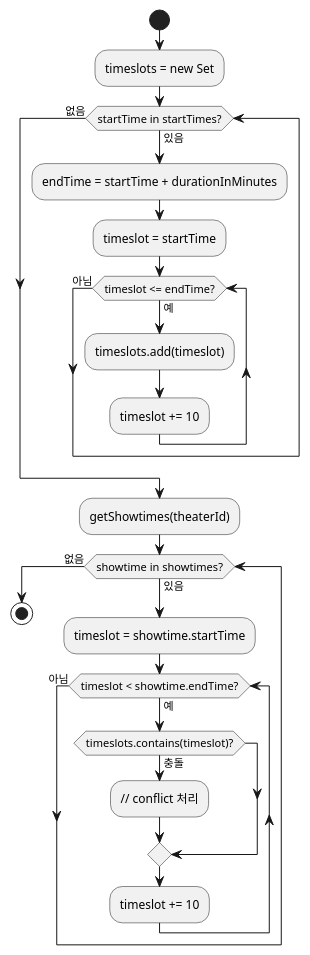
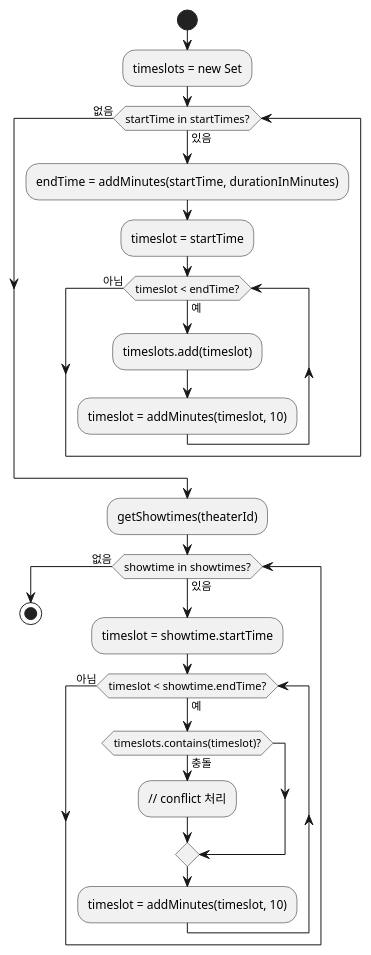
One commit to mannercode/mannercode.github.io changed the fourth of 16 diagrams in _posts/2025-06-01-backend-design-3.md. Above: the diagram before and after it, drawn with PlantUML. The commit also changed other lines of this file and 9 other files, not shown here.

```diff
--- a/_posts/2025-06-01-backend-design-3.md
+++ b/_posts/2025-06-01-backend-design-3.md
@@ -275,29 +278,29 @@
 {% plantuml %}
 @startuml
 start
 :timeslots = new Set;
 
 while (startTime in startTimes?) is (있음)
-  :endTime = startTime + durationInMinutes;
+  :endTime = addMinutes(startTime, durationInMinutes);
   :timeslot = startTime;
-  while (timeslot <= endTime?) is (예)
+  while (timeslot < endTime?) is (예)
     :timeslots.add(timeslot);
-    :timeslot += 10;
+    :timeslot = addMinutes(timeslot, 10);
   endwhile (아님)
 endwhile (없음)
 
 :getShowtimes(theaterId);
 
 while (showtime in showtimes?) is (있음)
   :timeslot = showtime.startTime;
   while (timeslot < showtime.endTime?) is (예)
     if (timeslots.contains(timeslot)?) then (충돌)
       :// conflict 처리;
     endif
-    :timeslot += 10;
+    :timeslot = addMinutes(timeslot, 10);
   endwhile (아님)
 endwhile (없음)
 
 stop
 @enduml
 {% endplantuml %}
```
